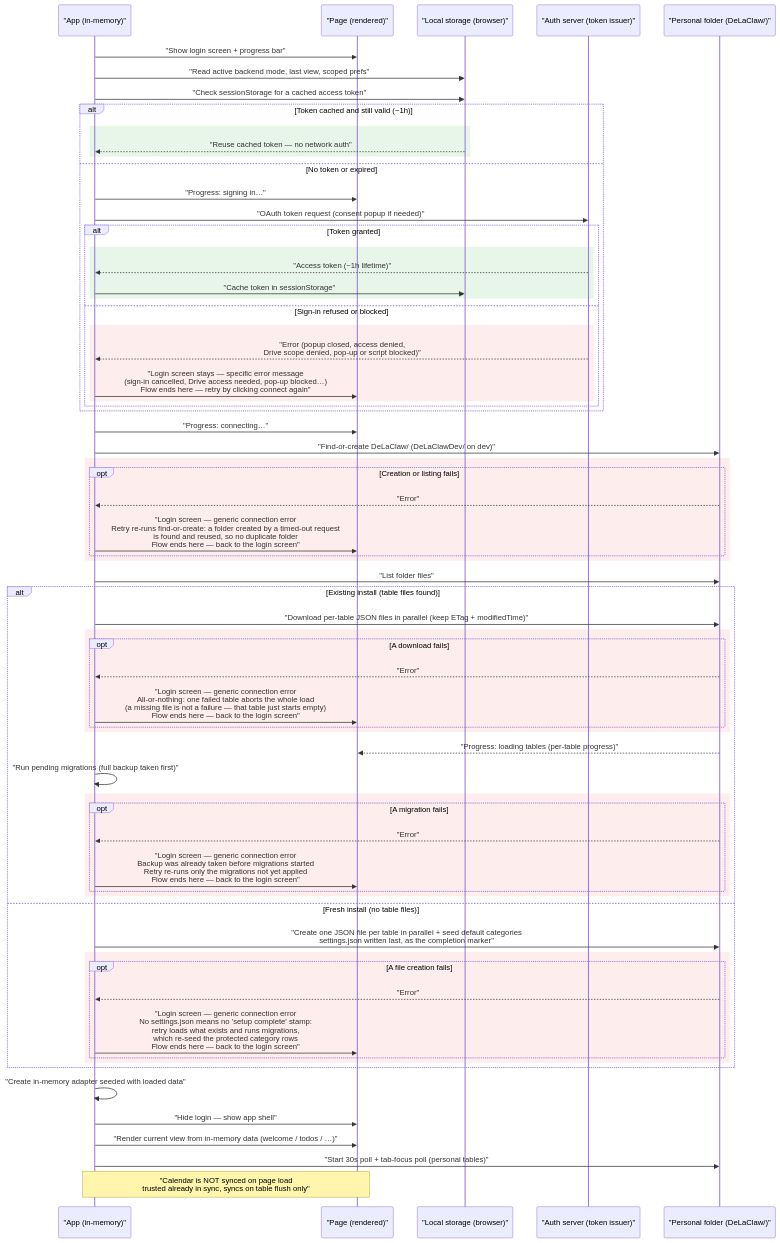
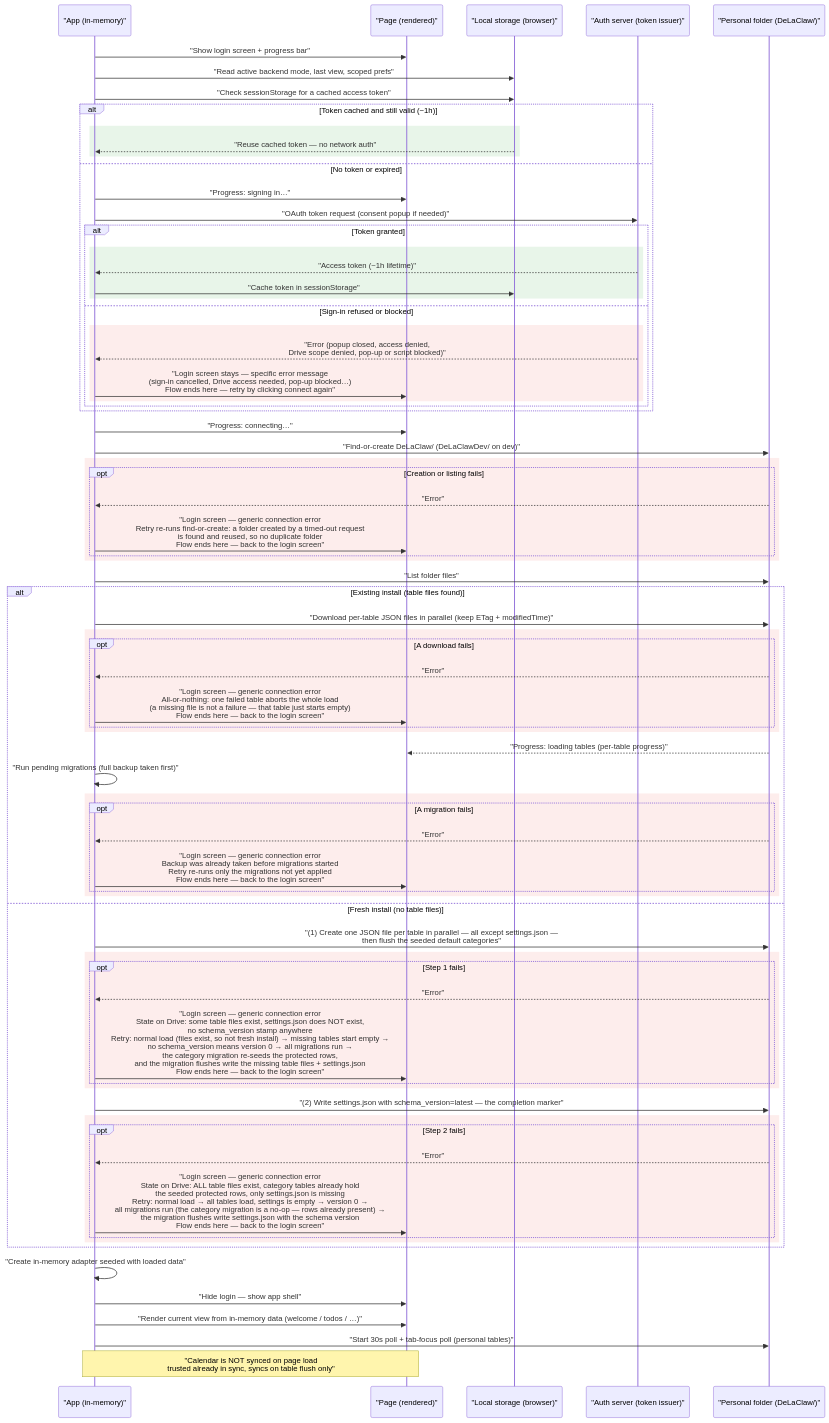
One commit to AntGro/DeLaClaw changed the second of 7 diagrams in docs-site/sync-architecture.md. Above: the diagram before and after it, drawn with Mermaid. The commit also changed 5 other files, not shown here.

First line of the commit message:
docs(sync): split fresh-install diagram step into two requests with per-failure state

````diff
--- a/docs-site/sync-architecture.md
+++ b/docs-site/sync-architecture.md
@@ -53,75 +53,82 @@
 ```mermaid
 sequenceDiagram
     participant App as "App (in-memory)"
     participant Page as "Page (rendered)"
     participant LS as "Local storage (browser)"
     participant Auth as "Auth server (token issuer)"
     participant PF as "Personal folder (DeLaClaw/)"
 
     App->>Page: "Show login screen + progress bar"
     App->>LS: "Read active backend mode, last view, scoped prefs"
     App->>LS: "Check sessionStorage for a cached access token"
 
     alt Token cached and still valid (~1h)
         rect rgb(232, 245, 233)
         LS-->>App: "Reuse cached token — no network auth"
         end
     else No token or expired
         App->>Page: "Progress: signing in…"
         App->>Auth: "OAuth token request (consent popup if needed)"
         alt Token granted
             rect rgb(232, 245, 233)
             Auth-->>App: "Access token (~1h lifetime)"
             App->>LS: "Cache token in sessionStorage"
             end
         else Sign-in refused or blocked
             rect rgb(253, 237, 236)
             Auth-->>App: "Error (popup closed, access denied,<br/>Drive scope denied, pop-up or script blocked)"
             App->>Page: "Login screen stays — specific error message<br/>(sign-in cancelled, Drive access needed, pop-up blocked…)<br/>Flow ends here — retry by clicking connect again"
             end
         end
     end
 
     App->>Page: "Progress: connecting…"
     App->>PF: "Find-or-create DeLaClaw/ (DeLaClawDev/ on dev)"
     rect rgb(253, 237, 236)
     opt Creation or listing fails
         PF-->>App: "Error"
         App->>Page: "Login screen — generic connection error<br/>Retry re-runs find-or-create: a folder created by a timed-out request<br/>is found and reused, so no duplicate folder<br/>Flow ends here — back to the login screen"
     end
     end
     App->>PF: "List folder files"
 
     alt Existing install (table files found)
         App->>PF: "Download per-table JSON files in parallel (keep ETag + modifiedTime)"
         rect rgb(253, 237, 236)
         opt A download fails
             PF-->>App: "Error"
             App->>Page: "Login screen — generic connection error<br/>All-or-nothing: one failed table aborts the whole load<br/>(a missing file is not a failure — that table just starts empty)<br/>Flow ends here — back to the login screen"
         end
         end
         PF-->>Page: "Progress: loading tables (per-table progress)"
         App->>App: "Run pending migrations (full backup taken first)"
         rect rgb(253, 237, 236)
         opt A migration fails
             PF-->>App: "Error"
             App->>Page: "Login screen — generic connection error<br/>Backup was already taken before migrations started<br/>Retry re-runs only the migrations not yet applied<br/>Flow ends here — back to the login screen"
         end
         end
     else Fresh install (no table files)
-        App->>PF: "Create one JSON file per table in parallel + seed default categories<br/>settings.json written last, as the completion marker"
+        App->>PF: "(1) Create one JSON file per table in parallel — all except settings.json —<br/>then flush the seeded default categories"
         rect rgb(253, 237, 236)
-        opt A file creation fails
+        opt Step 1 fails
             PF-->>App: "Error"
-            App->>Page: "Login screen — generic connection error<br/>No settings.json means no 'setup complete' stamp:<br/>retry loads what exists and runs migrations,<br/>which re-seed the protected category rows<br/>Flow ends here — back to the login screen"
+            App->>Page: "Login screen — generic connection error<br/>State on Drive: some table files exist, settings.json does NOT exist,<br/>no schema_version stamp anywhere<br/>Retry: normal load (files exist, so not fresh install) → missing tables start empty →<br/>no schema_version means version 0 → all migrations run →<br/>the category migration re-seeds the protected rows,<br/>and the migration flushes write the missing table files + settings.json<br/>Flow ends here — back to the login screen"
+        end
+        end
+        App->>PF: "(2) Write settings.json with schema_version=latest — the completion marker"
+        rect rgb(253, 237, 236)
+        opt Step 2 fails
+            PF-->>App: "Error"
+            App->>Page: "Login screen — generic connection error<br/>State on Drive: ALL table files exist, category tables already hold<br/>the seeded protected rows, only settings.json is missing<br/>Retry: normal load → all tables load, settings is empty → version 0 →<br/>all migrations run (the category migration is a no-op — rows already present) →<br/>the migration flushes write settings.json with the schema version<br/>Flow ends here — back to the login screen"
         end
         end
     end
 
     App->>App: "Create in-memory adapter seeded with loaded data"
     App->>Page: "Hide login — show app shell"
     App->>Page: "Render current view from in-memory data (welcome / todos / …)"
     App->>PF: "Start 30s poll + tab-focus poll (personal tables)"
 
     Note over App,Page: "Calendar is NOT synced on page load<br/>trusted already in sync, syncs on table flush only"
 ```
````
